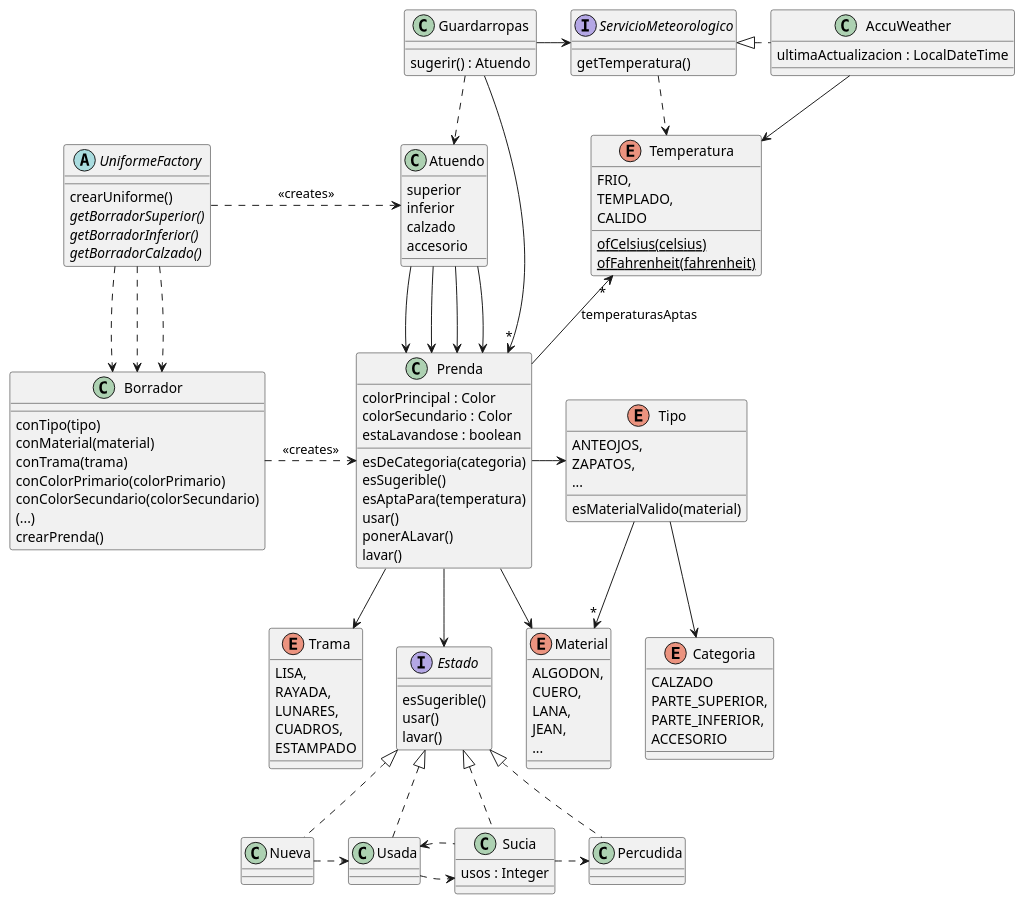
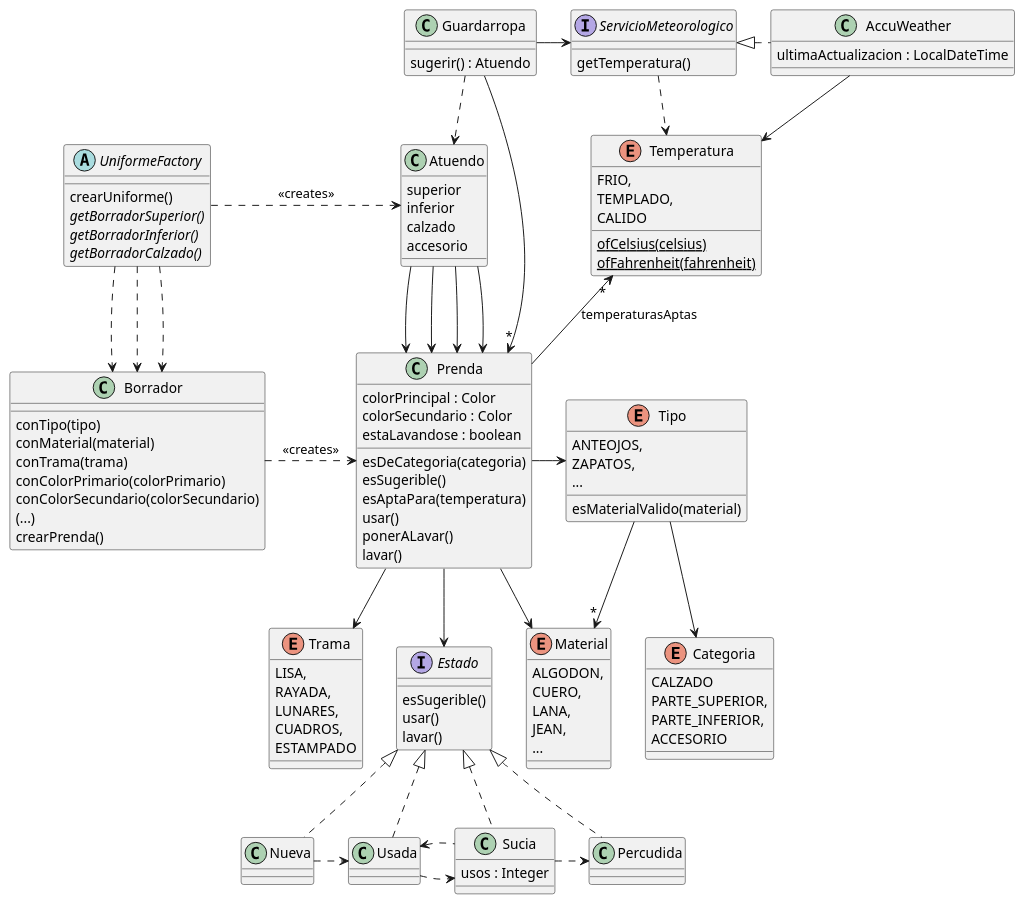
Before and after one commit to RaniAgus/dds-2022: the diagram in docs/diagramas/iteracion-4.puml, drawn with PlantUML. The commit also changed 7 other files, not shown here.

Commit message:
renombro Guardarropas a Guardarropa

```diff
--- a/docs/diagramas/iteracion-4.puml
+++ b/docs/diagramas/iteracion-4.puml
@@ -1,140 +1,140 @@
 @startuml iteracion-4
 
-class Guardarropas {
+class Guardarropa {
   sugerir() : Atuendo
 }
 
-Guardarropas ..> Atuendo
-Guardarropas -right-> "*" Prenda
-Guardarropas -right-> ServicioMeteorologico
+Guardarropa ..> Atuendo
+Guardarropa -right-> "*" Prenda
+Guardarropa -right-> ServicioMeteorologico
 
 interface ServicioMeteorologico {
     getTemperatura()
 }
 
 ServicioMeteorologico ..> Temperatura
 
 ServicioMeteorologico <|.right. AccuWeather
 
 class AccuWeather {
     ultimaActualizacion : LocalDateTime
 }
 
 AccuWeather --> Temperatura
 
 enum Temperatura {
     FRIO,
     TEMPLADO,
     CALIDO
     {static} ofCelsius(celsius)
     {static} ofFahrenheit(fahrenheit)
 }
 
 abstract UniformeFactory {
   crearUniforme()
   {abstract} getBorradorSuperior()
   {abstract} getBorradorInferior()
   {abstract} getBorradorCalzado()
 }
 
 UniformeFactory .right.> Atuendo : <<creates>>
 UniformeFactory ..> Borrador
 UniformeFactory ..> Borrador
 UniformeFactory ..> Borrador
 
 class Atuendo {
    superior
    inferior
    calzado
    accesorio
 }
 
 Atuendo --> Prenda
 Atuendo --> Prenda
 Atuendo --> Prenda
 Atuendo --> Prenda
 
 class Borrador {
   conTipo(tipo)
   conMaterial(material)
   conTrama(trama)
   conColorPrimario(colorPrimario)
   conColorSecundario(colorSecundario)
   (...)
   crearPrenda()
 }
 
 Borrador .right.> Prenda : <<creates>>
 
 class Prenda {
  colorPrincipal : Color
  colorSecundario : Color
  estaLavandose : boolean
  esDeCategoria(categoria)
  esSugerible()
  esAptaPara(temperatura)
  usar()
  ponerALavar()
  lavar()
 }
 
 Prenda -up-> "*" Temperatura : "temperaturasAptas"
 Prenda -right-> Tipo
 Prenda --> Material
 Prenda --> Trama
 Prenda --> Estado
 
 enum Material {
   ALGODON,
   CUERO,
   LANA,
   JEAN,
   ...
 }
 
 enum Trama {
   LISA,
   RAYADA,
   LUNARES,
   CUADROS,
   ESTAMPADO
 }
 
 enum Tipo {
   ANTEOJOS,
   ZAPATOS,
   ...
   esMaterialValido(material)
 }
 
 Tipo --> "*" Material
 Tipo --> Categoria
 
 enum Categoria {
   CALZADO
   PARTE_SUPERIOR,
   PARTE_INFERIOR,
   ACCESORIO
 }
 
 interface Estado {
  esSugerible()
  usar()
  lavar()
 }
 
 Estado <|.. Nueva
 Estado <|.. Usada
 Estado <|.. Sucia
 Estado <|.. Percudida
 
 Nueva .right.> Usada
 Usada .right.> Sucia
 Sucia .left.> Usada
 Sucia .right.> Percudida
 
 class Sucia {
   usos : Integer
 }
 
 @enduml
```
